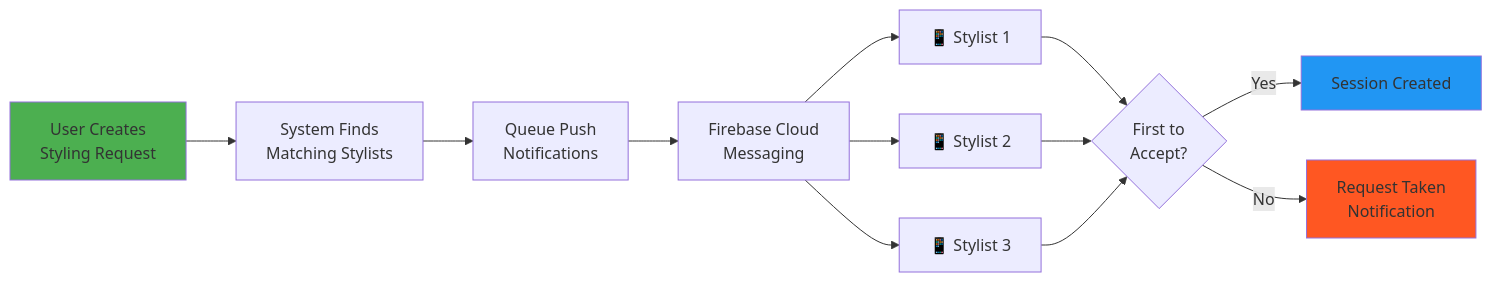
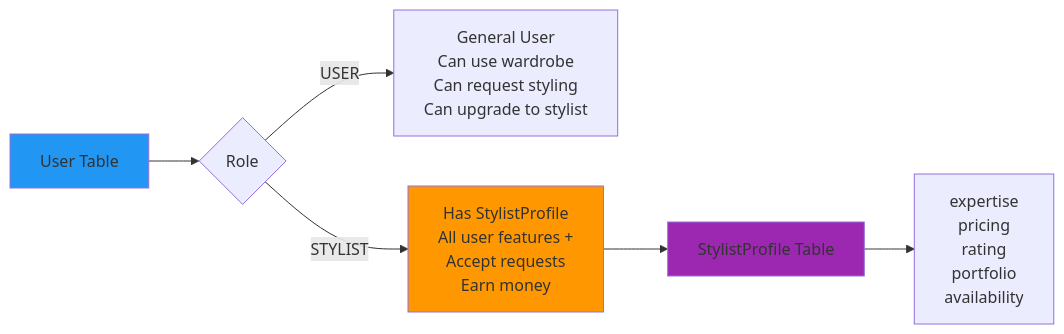
One commit to hrshkshri/my-wardrobe changed diagram 12 of 13 in docs/DIAGRAMS.md. Above: the diagram before and after it, drawn with Mermaid. The commit also changed other lines of this file, not shown here.

First line of the commit message:
Docs: Update all documentation with organized user flows

````diff
--- a/docs/DIAGRAMS.md
+++ b/docs/DIAGRAMS.md
@@ -436,20 +568,13 @@
 ```mermaid
-flowchart LR
-    A[User Creates<br/>Styling Request] --> B[System Finds<br/>Matching Stylists]
-    B --> C[Queue Push<br/>Notifications]
-    C --> D[Firebase Cloud<br/>Messaging]
-    D --> E1[📱 Stylist 1]
-    D --> E2[📱 Stylist 2]
-    D --> E3[📱 Stylist 3]
+graph LR
+    A[User Table] --> B{Role}
+    B -->|USER| C[General User<br/>Can use wardrobe<br/>Can request styling<br/>Can upgrade to stylist]
+    B -->|STYLIST| D[Has StylistProfile<br/>All user features +<br/>Accept requests<br/>Earn money]
 
-    E1 --> F{First to<br/>Accept?}
-    E2 --> F
-    E3 --> F
+    D --> F[StylistProfile Table]
+    F --> G[expertise<br/>pricing<br/>rating<br/>portfolio<br/>availability]
 
-    F -->|Yes| G[Session Created]
-    F -->|No| H[Request Taken<br/>Notification]
-
-    style A fill:#4CAF50
-    style G fill:#2196F3
-    style H fill:#FF5722
+    style A fill:#2196F3
+    style F fill:#9C27B0
+    style D fill:#FF9800
 ```
````
